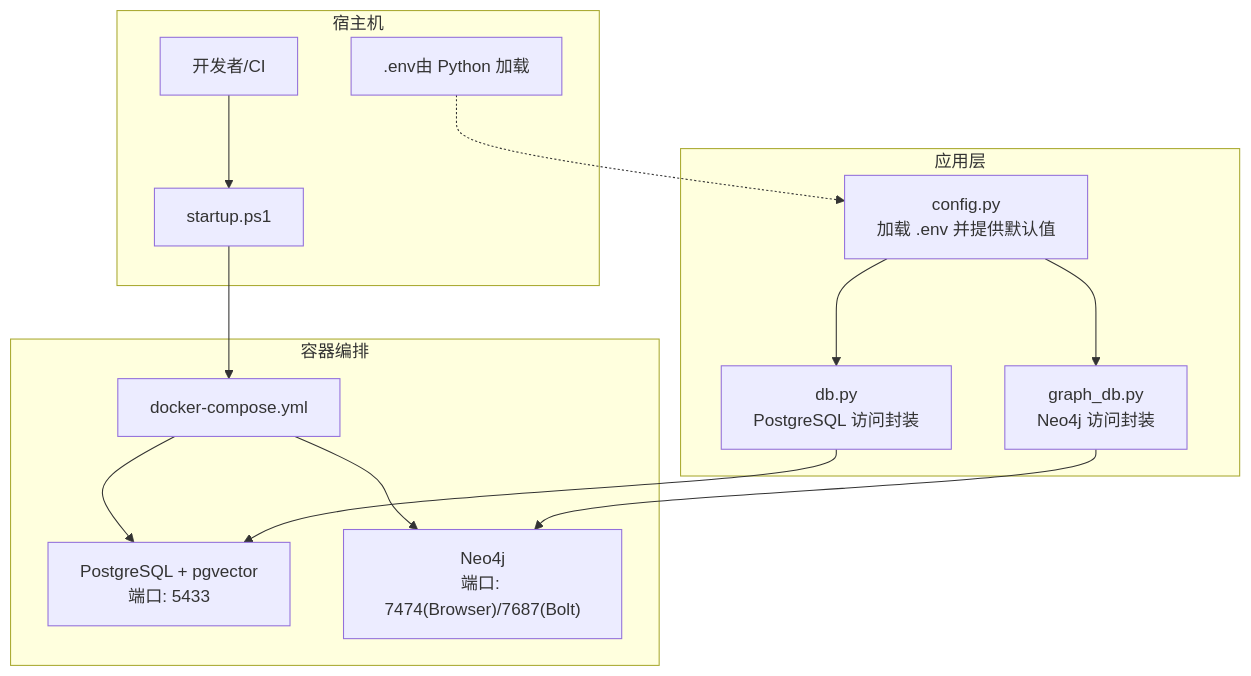
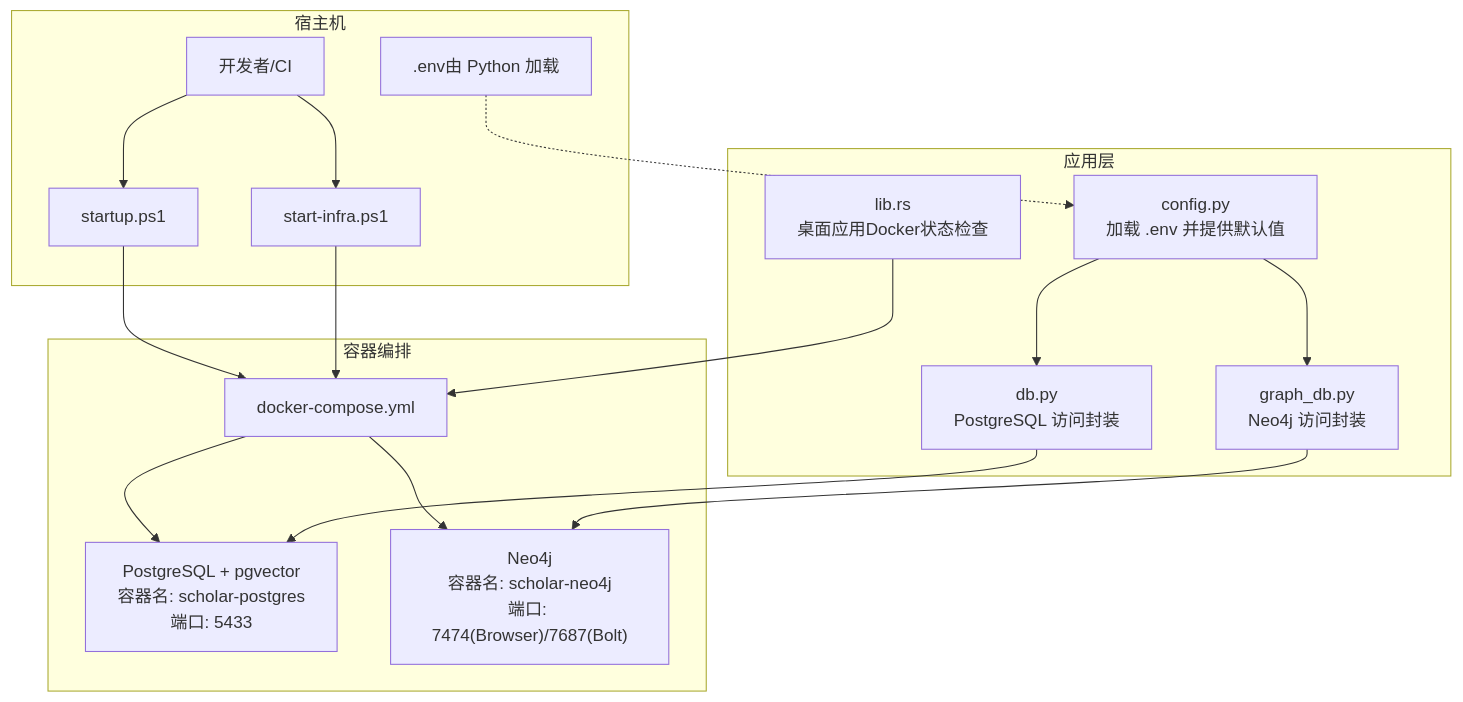
Before and after one commit to 1173591564/academic-based-qoder: the second of 8 diagrams in .qoder/repowiki/zh/content/部署与运维/容器化部署.md, drawn with Mermaid. The commit also changed other lines of this file and 110 other files, not shown here.

````diff
--- a/.qoder/repowiki/zh/content/部署与运维/容器化部署.md
+++ b/.qoder/repowiki/zh/content/部署与运维/容器化部署.md
@@ -101,27 +117,32 @@
 ```mermaid
 graph TB
 subgraph "宿主机"
 HOST["开发者/CI"]
 STARTUP["startup.ps1"]
+STARTINFRA["start-infra.ps1"]
 ENV[".env由 Python 加载"]
 end
 subgraph "容器编排"
 DC["docker-compose.yml"]
-PG["PostgreSQL + pgvector<br/>端口: 5433"]
-NEO["Neo4j<br/>端口: 7474(Browser)/7687(Bolt)"]
+PG["PostgreSQL + pgvector<br/>容器名: scholar-postgres<br/>端口: 5433"]
+NEO["Neo4j<br/>容器名: scholar-neo4j<br/>端口: 7474(Browser)/7687(Bolt)"]
 end
 subgraph "应用层"
 CFG["config.py<br/>加载 .env 并提供默认值"]
 PSQL["db.py<br/>PostgreSQL 访问封装"]
 N4J["graph_db.py<br/>Neo4j 访问封装"]
+TAURI["lib.rs<br/>桌面应用Docker状态检查"]
 end
 HOST --> STARTUP
+HOST --> STARTINFRA
 STARTUP --> DC
+STARTINFRA --> DC
 DC --> PG
 DC --> NEO
 CFG --> PSQL
 CFG --> N4J
 PSQL --> PG
 N4J --> NEO
 ENV -.-> CFG
+TAURI --> DC
 ```
````
